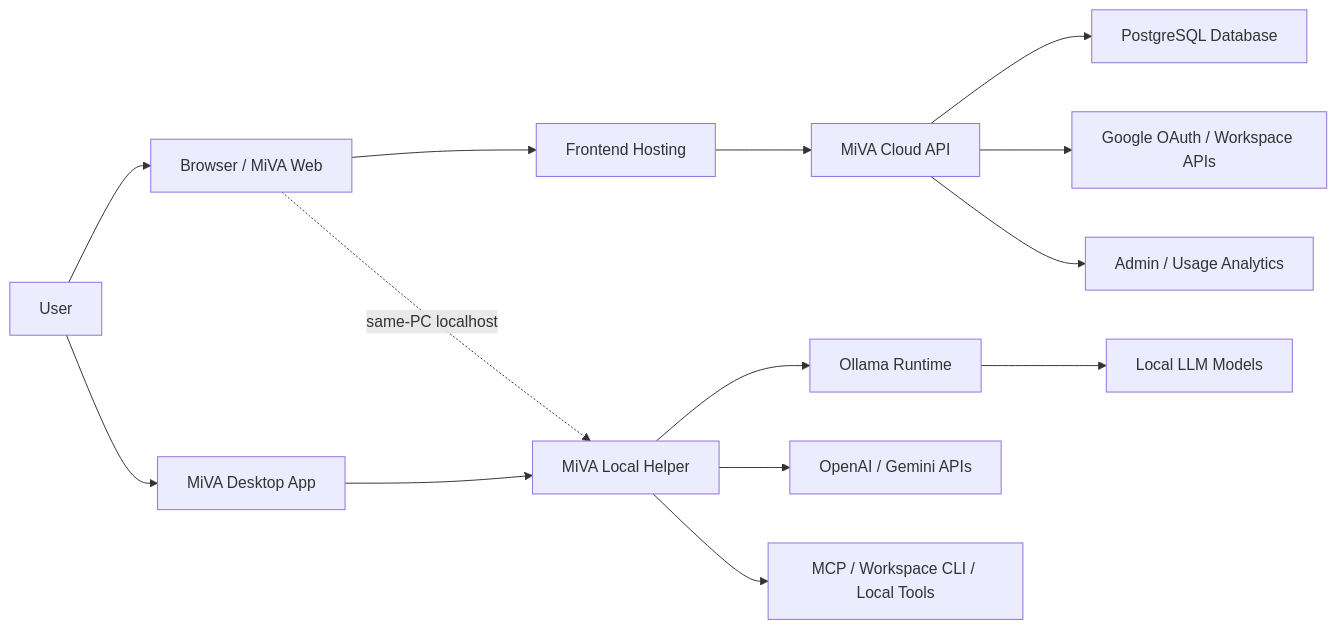
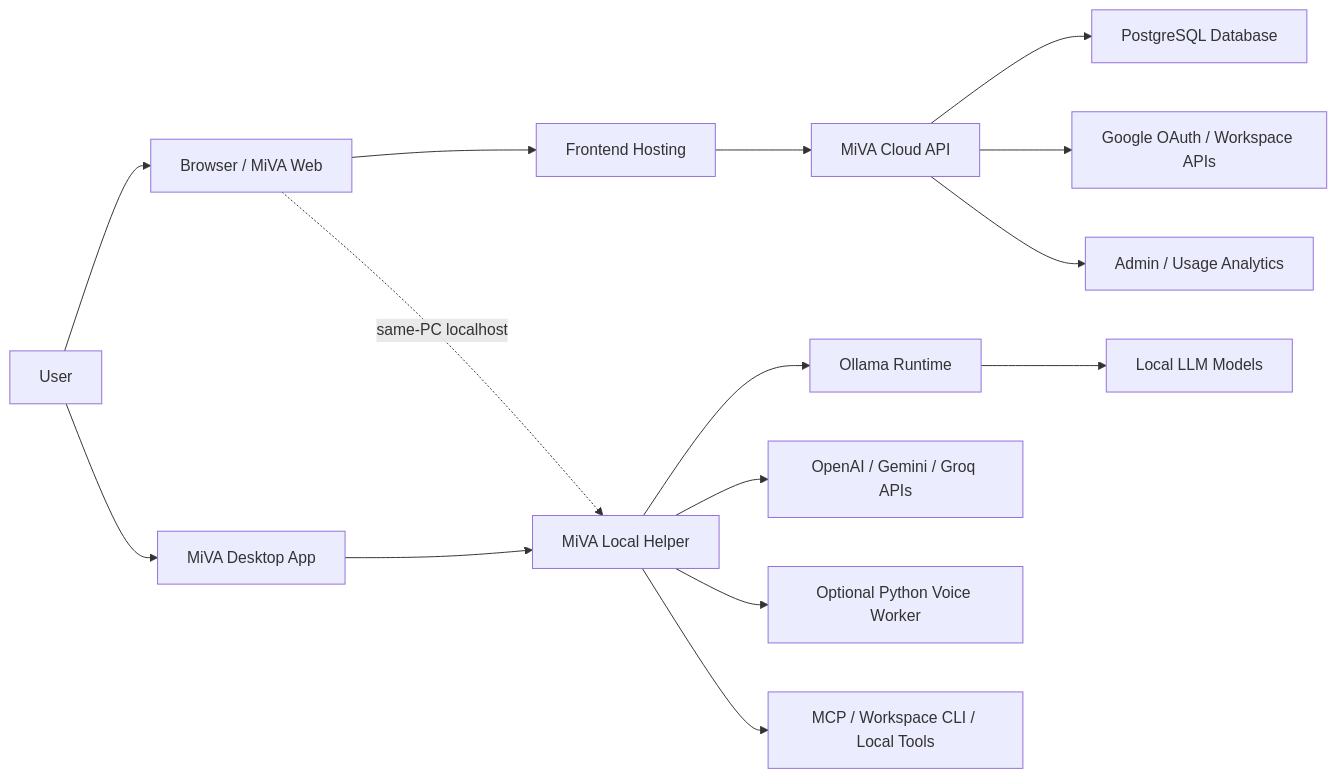
One commit to jimpmg123/MiVA changed the first of 9 diagrams in docs/SOFTWARE_DESIGN_DOCUMENT.md. Above: the diagram before and after it, drawn with Mermaid. The commit also changed other lines of this file and 7 other files, not shown here.

````diff
--- a/docs/SOFTWARE_DESIGN_DOCUMENT.md
+++ b/docs/SOFTWARE_DESIGN_DOCUMENT.md
@@ -45,18 +46,19 @@
 ```mermaid
 flowchart LR
   User["User"] --> Browser["Browser / MiVA Web"]
   User --> Desktop["MiVA Desktop App"]
 
   Browser --> WebHost["Frontend Hosting"]
   WebHost --> Api["MiVA Cloud API"]
   Api --> Db["PostgreSQL Database"]
   Api --> OAuth["Google OAuth / Workspace APIs"]
   Api --> Admin["Admin / Usage Analytics"]
 
   Browser -. "same-PC localhost" .-> LocalHelper["MiVA Local Helper"]
   Desktop --> LocalHelper
   LocalHelper --> Ollama["Ollama Runtime"]
   Ollama --> LocalModels["Local LLM Models"]
-  LocalHelper --> CloudModels["OpenAI / Gemini APIs"]
+  LocalHelper --> CloudModels["OpenAI / Gemini / Groq APIs"]
+  LocalHelper --> VoiceWorker["Optional Python Voice Worker"]
   LocalHelper --> LocalTools["MCP / Workspace CLI / Local Tools"]
 ```
````
